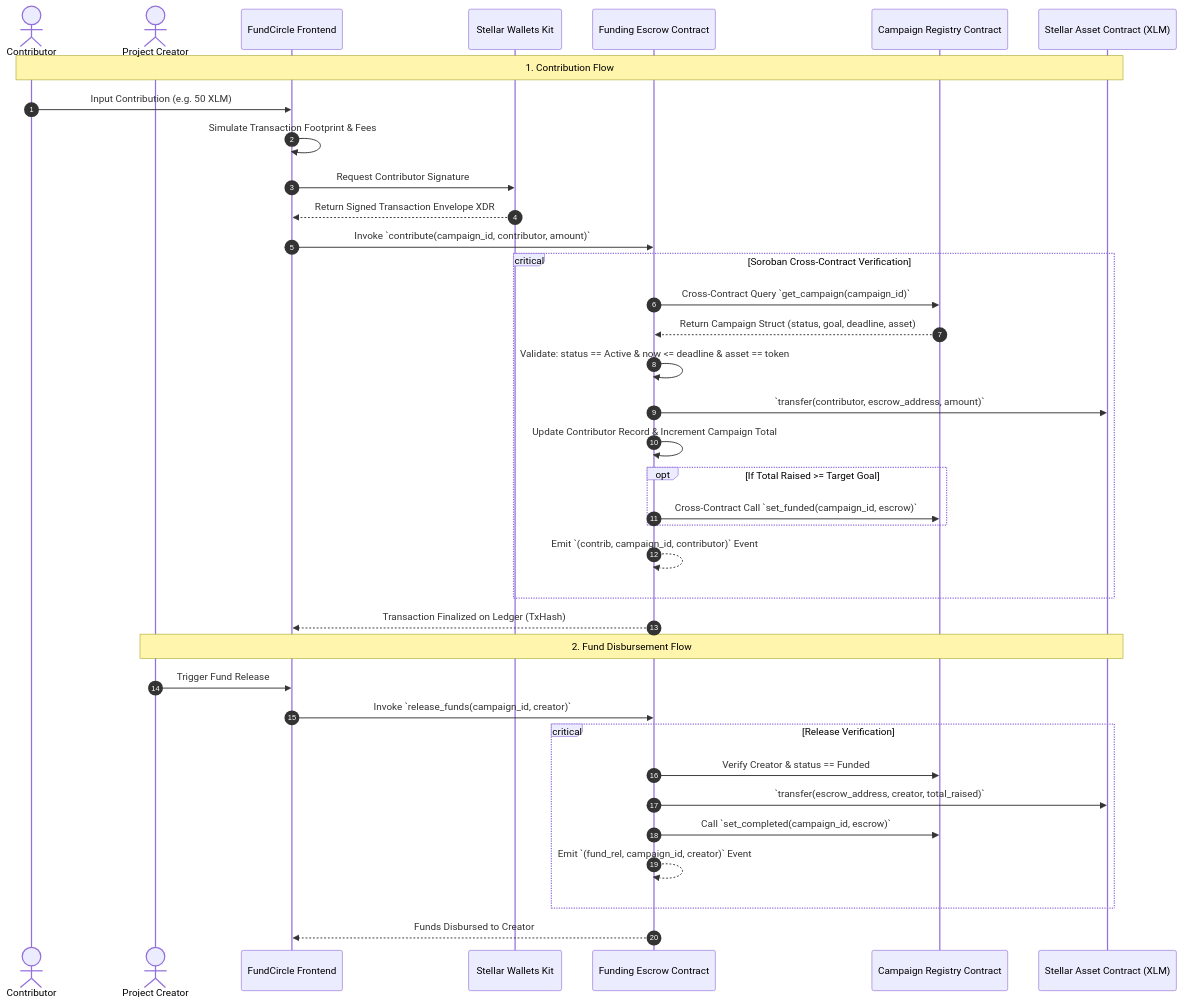
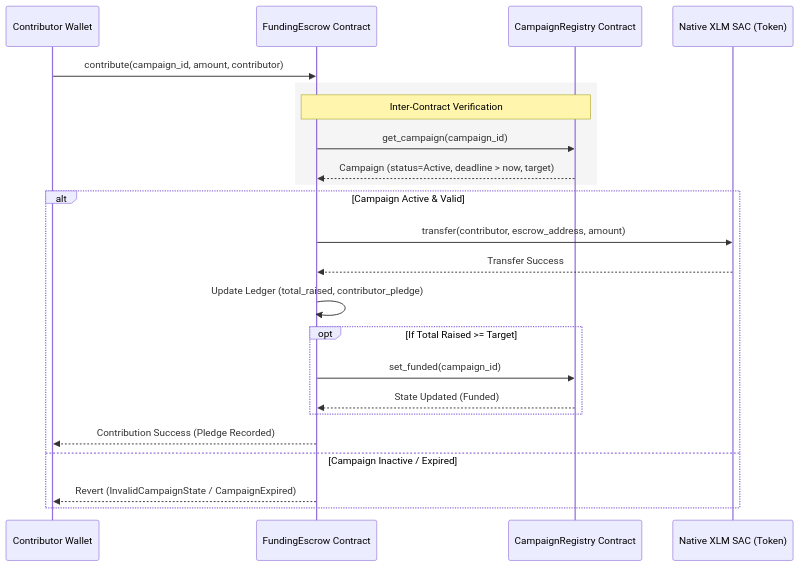
Before and after one commit to sanchayanghosh07/FundCircle: the third of 4 diagrams in README.md, drawn with Mermaid. The commit also changed other lines of this file, not shown here.

First line of the commit message:
docs: restructure README with comprehensive architecture and contract specifications

````diff
--- a/README.md
+++ b/README.md
@@ -95,42 +133,27 @@
 ```mermaid
 sequenceDiagram
-    autonumber
-    actor Backer as Contributor
-    actor Creator as Project Creator
-    participant DApp as FundCircle Frontend
-    participant Kit as Stellar Wallets Kit
-    participant Escrow as Funding Escrow Contract
-    participant Registry as Campaign Registry Contract
-    participant SAC as Stellar Asset Contract (XLM)
+    participant User as Contributor Wallet
+    participant Escrow as FundingEscrow Contract
+    participant Registry as CampaignRegistry Contract
+    participant Token as Native XLM SAC (Token)
 
-    Note over Backer, SAC: 1. Contribution Flow
-    Backer->>DApp: Input Contribution (e.g. 50 XLM)
-    DApp->>DApp: Simulate Transaction Footprint & Fees
-    DApp->>Kit: Request Contributor Signature
-    Kit-->>DApp: Return Signed Transaction Envelope XDR
-    DApp->>Escrow: Invoke `contribute(campaign_id, contributor, amount)`
-
-    critical Soroban Cross-Contract Verification
-        Escrow->>Registry: Cross-Contract Query `get_campaign(campaign_id)`
-        Registry-->>Escrow: Return Campaign Struct (status, goal, deadline, asset)
-        Escrow->>Escrow: Validate: status == Active & now <= deadline & asset == token
-        Escrow->>SAC: `transfer(contributor, escrow_address, amount)`
-        Escrow->>Escrow: Update Contributor Record & Increment Campaign Total
-        opt If Total Raised >= Target Goal
-            Escrow->>Registry: Cross-Contract Call `set_funded(campaign_id, escrow)`
+    User->>Escrow: contribute(campaign_id, amount, contributor)
+    rect rgb(245, 245, 245)
+        Note over Escrow,Registry: Inter-Contract Verification
+        Escrow->>Registry: get_campaign(campaign_id)
+        Registry-->>Escrow: Campaign (status=Active, deadline > now, target)
+    end
+    
+    alt Campaign Active & Valid
+        Escrow->>Token: transfer(contributor, escrow_address, amount)
+        Token-->>Escrow: Transfer Success
+        Escrow->>Escrow: Update Ledger (total_raised, contributor_pledge)
+        opt If Total Raised >= Target
+            Escrow->>Registry: set_funded(campaign_id)
+            Registry-->>Escrow: State Updated (Funded)
         end
-        Escrow-->>Escrow: Emit `(contrib, campaign_id, contributor)` Event
+        Escrow-->>User: Contribution Success (Pledge Recorded)
+    else Campaign Inactive / Expired
+        Escrow-->>User: Revert (InvalidCampaignState / CampaignExpired)
     end
-    Escrow-->>DApp: Transaction Finalized on Ledger (TxHash)
-
-    Note over Creator, SAC: 2. Fund Disbursement Flow
-    Creator->>DApp: Trigger Fund Release
-    DApp->>Escrow: Invoke `release_funds(campaign_id, creator)`
-    critical Release Verification
-        Escrow->>Registry: Verify Creator & status == Funded
-        Escrow->>SAC: `transfer(escrow_address, creator, total_raised)`
-        Escrow->>Registry: Call `set_completed(campaign_id, escrow)`
-        Escrow-->>Escrow: Emit `(fund_rel, campaign_id, creator)` Event
-    end
-    Escrow-->>DApp: Funds Disbursed to Creator
 ```
````
